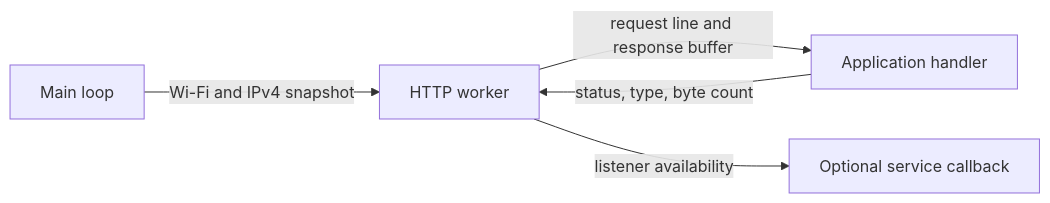
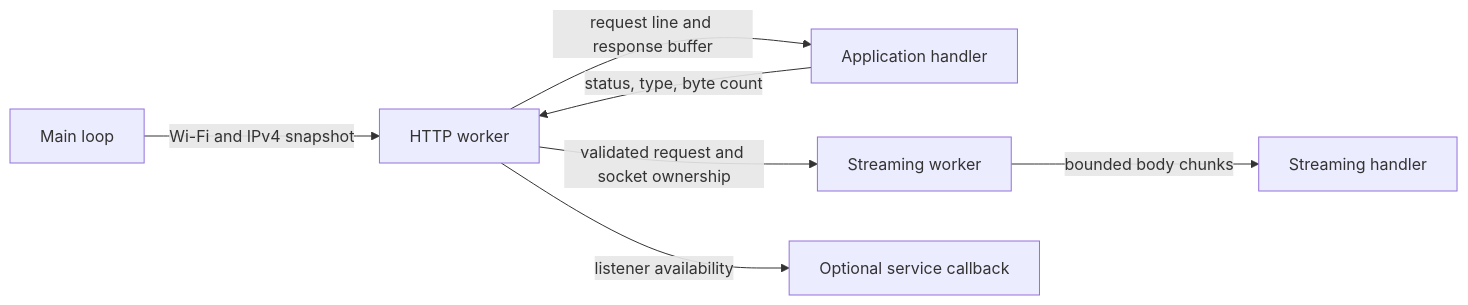
The diagram in firmware/AZ3166/src/http/README.md (AaronWangTT/HomeTemperature), drawn with Mermaid before and after one commit. The commit also changed other lines of this file and 7 other files, not shown here.

First line of the commit message:
Add bounded LocalWebServer body streaming (#36)

````diff
--- a/firmware/AZ3166/src/http/README.md
+++ b/firmware/AZ3166/src/http/README.md
@@ -17,7 +18,9 @@
 ```mermaid
 flowchart LR
     Loop[Main loop] -->|Wi-Fi and IPv4 snapshot| Worker[HTTP worker]
     Worker -->|request line and response buffer| Handler[Application handler]
+    Worker -->|validated request and socket ownership| BodyWorker[Streaming worker]
+    BodyWorker -->|bounded body chunks| StreamHandler[Streaming handler]
     Handler -->|status, type, byte count| Worker
     Worker -->|listener availability| Callback[Optional service callback]
 ```
````
